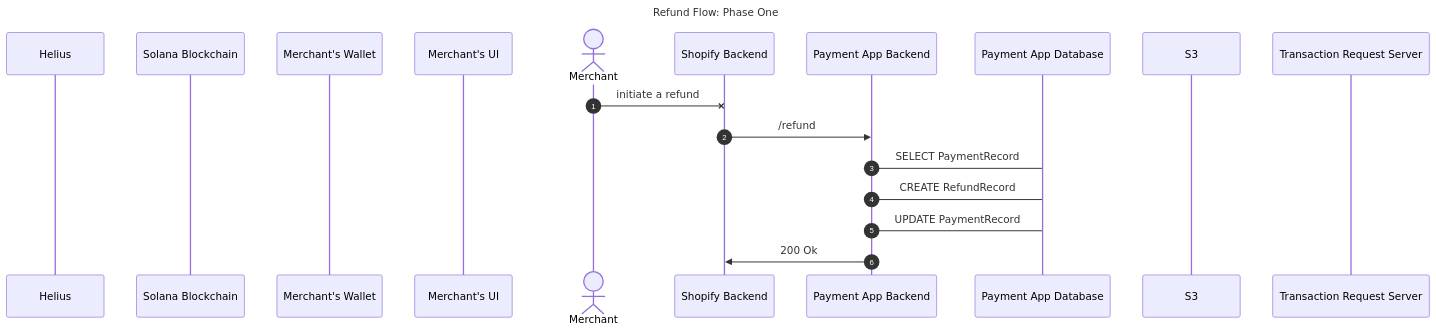
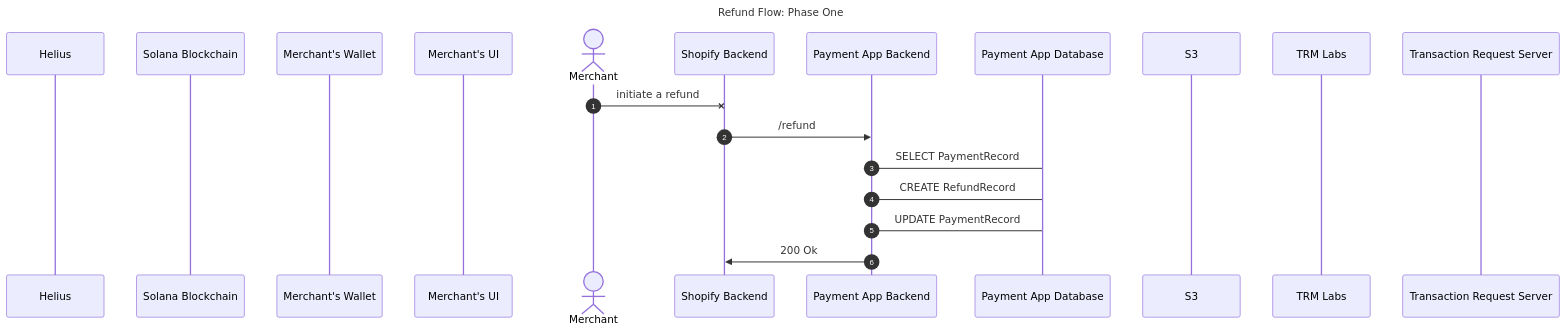
Before and after one commit to Tru3Bliss/solana-modern-pay: the fourth of 8 diagrams in system-design/README.md, drawn with Mermaid. The commit also changed other lines of this file and 30 other files, not shown here.

````diff
--- a/system-design/README.md
+++ b/system-design/README.md
@@ -113,21 +115,22 @@
 ```mermaid
 sequenceDiagram
     title Refund Flow: Phase One
     autonumber
     participant Helius
     participant Solana as Solana Blockchain
     participant Wallet as Merchant's Wallet
     participant Portal as Merchant's UI
     actor Merchant
     participant Shop as Shopify Backend
     participant Backend as Payment App Backend
     participant Database as Payment App Database
     participant S3
+    participant TRM as TRM Labs
     participant TRS as Transaction Request Server
     Merchant-xShop: initiate a refund
     Shop->>Backend: /refund
     Backend->Database: SELECT PaymentRecord
     Backend->Database: CREATE RefundRecord
     Backend->Database: UPDATE PaymentRecord
     Backend->>Shop: 200 Ok
 ```
````
